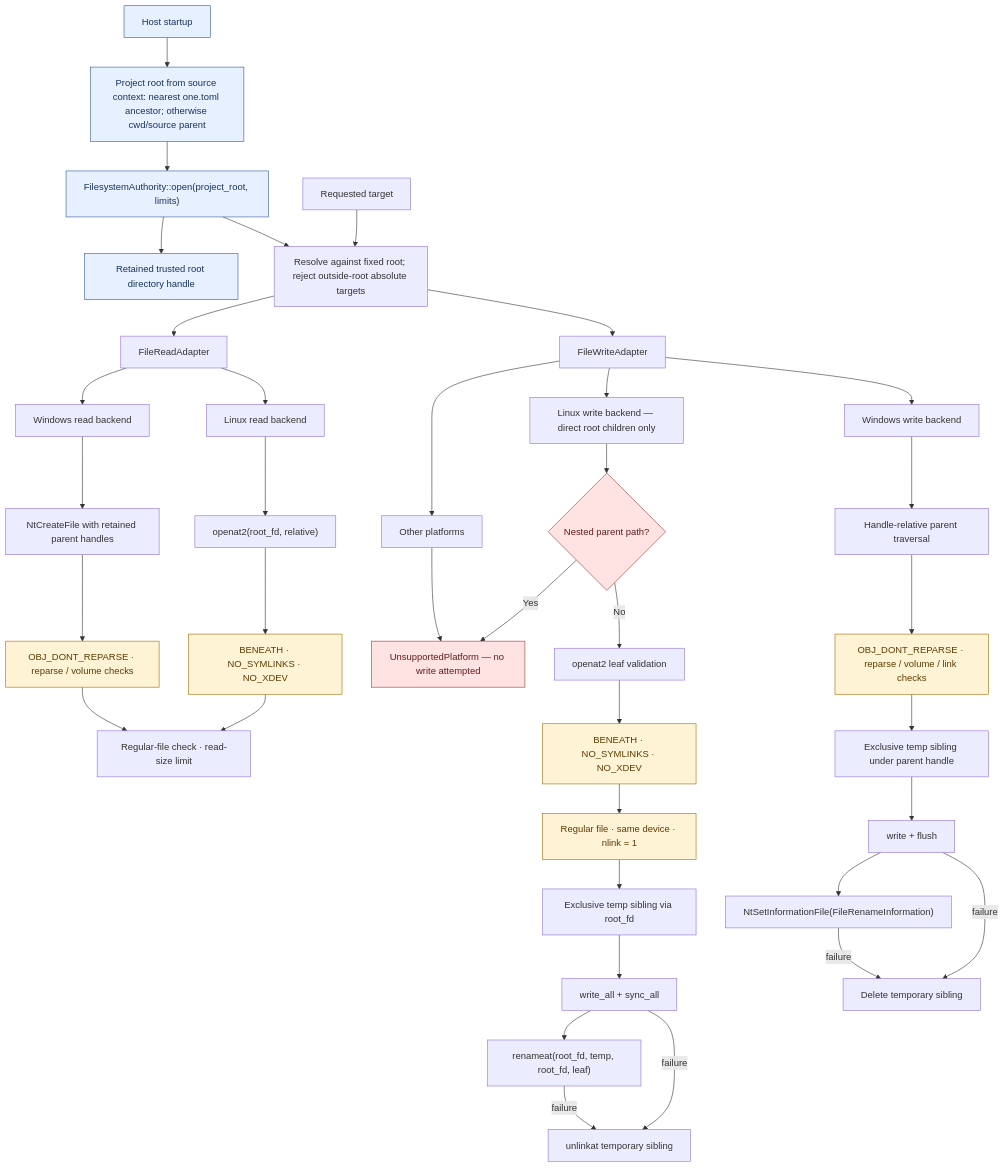
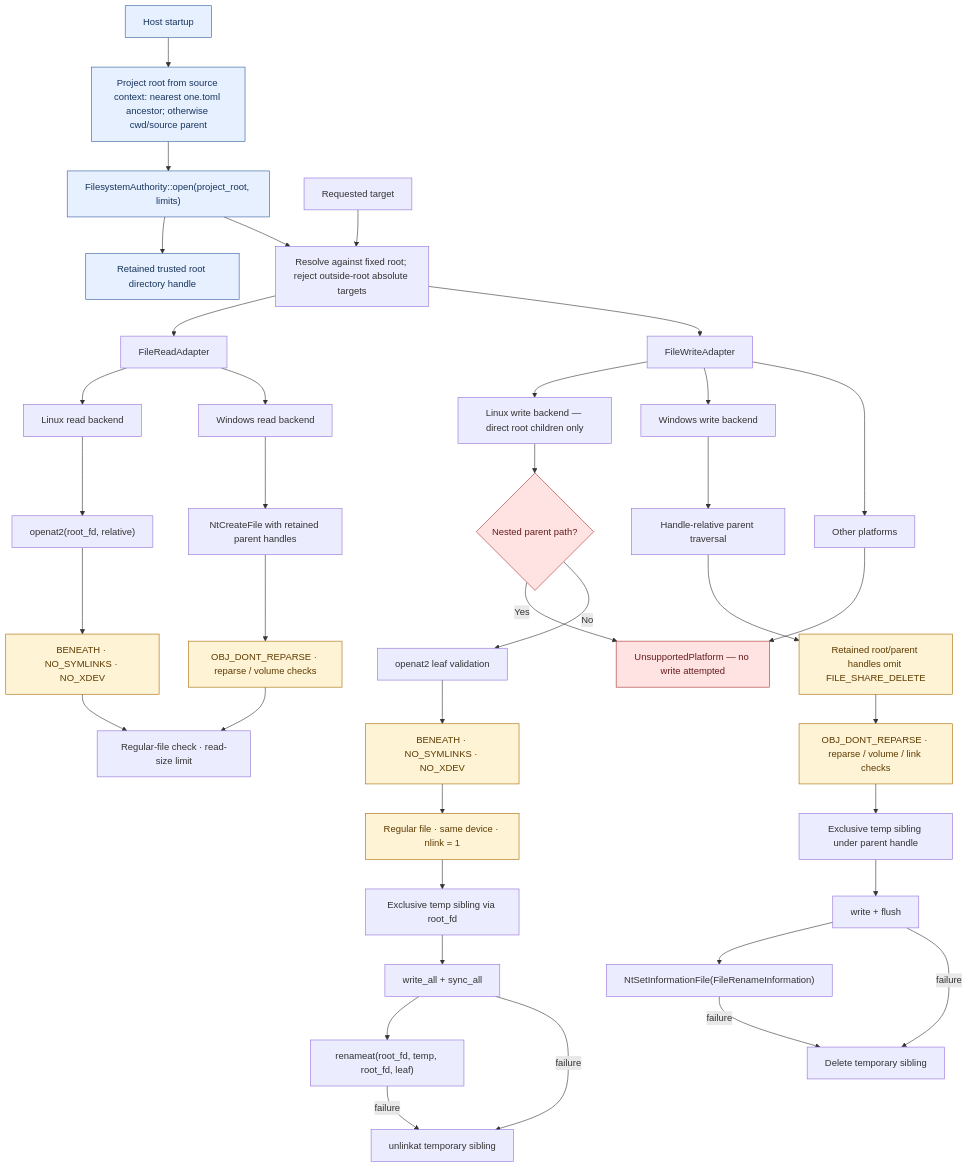
Before and after one commit to panglimanetizen01/one: the diagram in docs/architecture/filesystem-root-confinement.md, drawn with Mermaid. The commit also changed other lines of this file, not shown here.

Commit message:
docs(architecture): show Windows parent rename exclusion

````diff
--- a/docs/architecture/filesystem-root-confinement.md
+++ b/docs/architecture/filesystem-root-confinement.md
@@ -5,51 +5,52 @@
 ```mermaid
 flowchart TB
     Host["Host startup"] --> ProjectRoot["Project root from source context: nearest one.toml ancestor; otherwise cwd/source parent"]
     ProjectRoot --> Authority["FilesystemAuthority::open(project_root, limits)"]
     Authority --> Root["Retained trusted root directory handle"]
     RequestedTarget["Requested target"] --> Confine["Resolve against fixed root; reject outside-root absolute targets"]
     Authority --> Confine
     Confine --> ReadAdapter["FileReadAdapter"]
     Confine --> WriteAdapter["FileWriteAdapter"]
 
     ReadAdapter --> LinuxRead["Linux read backend"]
     LinuxRead --> Openat2Read["openat2(root_fd, relative)"]
     Openat2Read --> ReadPolicy["BENEATH · NO_SYMLINKS · NO_XDEV"]
     ReadPolicy --> ReadChecks["Regular-file check · read-size limit"]
 
     ReadAdapter --> WindowsRead["Windows read backend"]
     WindowsRead --> NtOpen["NtCreateFile with retained parent handles"]
     NtOpen --> WindowsPolicy["OBJ_DONT_REPARSE · reparse / volume checks"]
     WindowsPolicy --> ReadChecks
 
     WriteAdapter --> LinuxWrite["Linux write backend — direct root children only"]
     LinuxWrite --> Nested{"Nested parent path?"}
     Nested -->|Yes| FailClosed["UnsupportedPlatform — no write attempted"]
     Nested -->|No| LinuxLeaf["openat2 leaf validation"]
     LinuxLeaf --> LinuxPolicy["BENEATH · NO_SYMLINKS · NO_XDEV"]
     LinuxPolicy --> LinuxType["Regular file · same device · nlink = 1"]
     LinuxType --> LinuxTemp["Exclusive temp sibling via root_fd"]
     LinuxTemp --> LinuxSync["write_all + sync_all"]
     LinuxSync --> LinuxRename["renameat(root_fd, temp, root_fd, leaf)"]
     LinuxSync -->|failure| LinuxCleanup["unlinkat temporary sibling"]
     LinuxRename -->|failure| LinuxCleanup
 
     WriteAdapter --> WindowsWrite["Windows write backend"]
     WindowsWrite --> WinWalk["Handle-relative parent traversal"]
-    WinWalk --> WinPolicy["OBJ_DONT_REPARSE · reparse / volume / link checks"]
+    WinWalk --> WinShare["Retained root/parent handles omit FILE_SHARE_DELETE"]
+    WinShare --> WinPolicy["OBJ_DONT_REPARSE · reparse / volume / link checks"]
     WinPolicy --> WinTemp["Exclusive temp sibling under parent handle"]
     WinTemp --> WinSync["write + flush"]
     WinSync --> WinRename["NtSetInformationFile(FileRenameInformation)"]
     WinSync -->|failure| WinCleanup["Delete temporary sibling"]
     WinRename -->|failure| WinCleanup
 
     WriteAdapter --> Other["Other platforms"]
     Other --> FailClosed
 
     classDef trust fill:#e7f0ff,stroke:#315a9b,color:#17345d
     classDef guard fill:#fff3d6,stroke:#a66b00,color:#5c3b00
     classDef blocked fill:#ffe3e3,stroke:#a33,color:#641b1b
     class Host,ProjectRoot,Authority,Root trust
-    class ReadPolicy,WindowsPolicy,LinuxPolicy,LinuxType,WinPolicy guard
+    class ReadPolicy,WindowsPolicy,LinuxPolicy,LinuxType,WinPolicy,WinShare guard
     class FailClosed,Nested blocked
 ```
````
